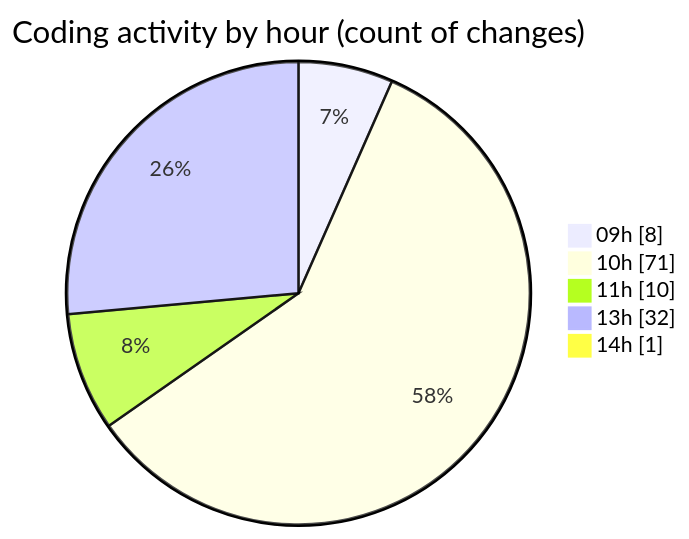
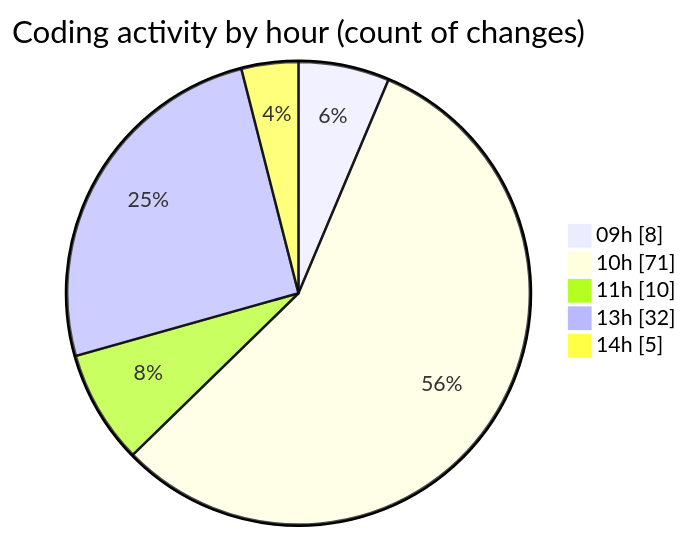
The second of 2 diagrams in 2025-06-03/ecodeli-1/README.md (CELIANVF/code-tracking), drawn with Mermaid before and after one commit. The commit also changed other lines of this file and 1 other file, not shown here.

````diff
--- a/2025-06-03/ecodeli-1/README.md
+++ b/2025-06-03/ecodeli-1/README.md
@@ -73,9 +73,9 @@
 ```mermaid
 pie showData
 title Coding activity by hour (count of changes)
 "09h" : 8
 "10h" : 71
 "11h" : 10
 "13h" : 32
-"14h" : 1
+"14h" : 5
 ```
````
